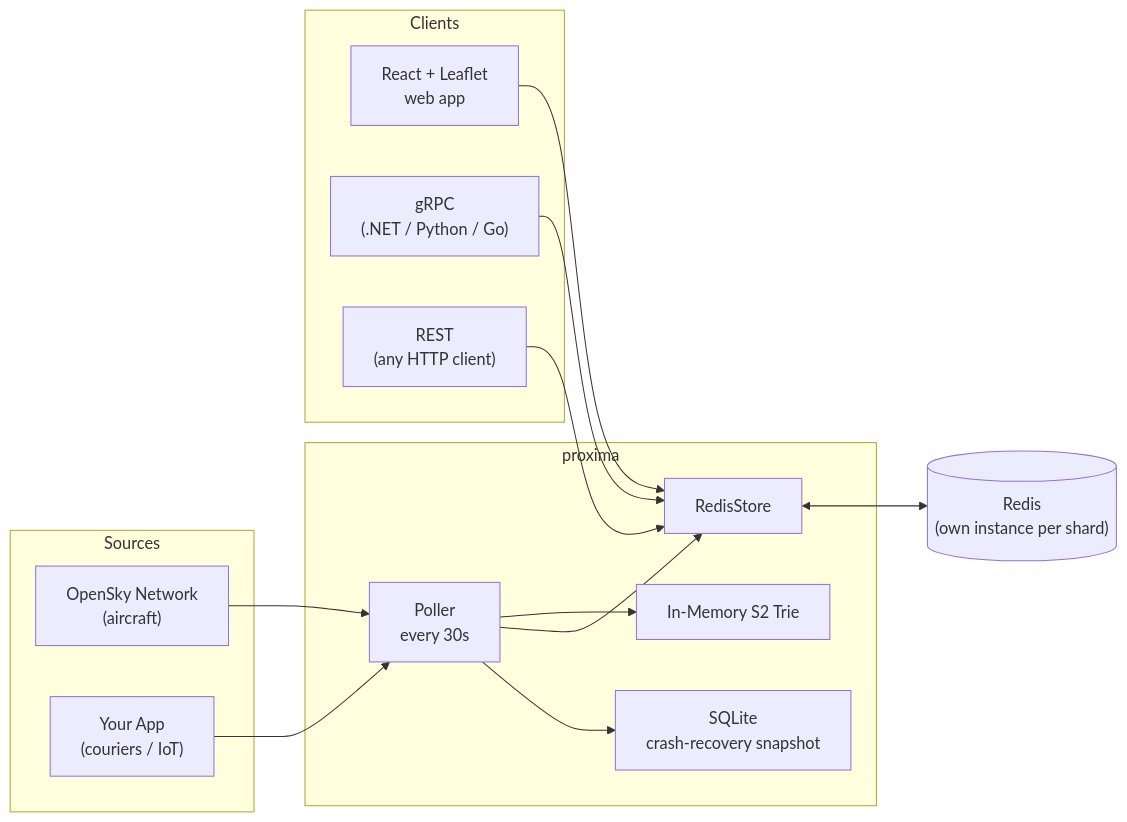
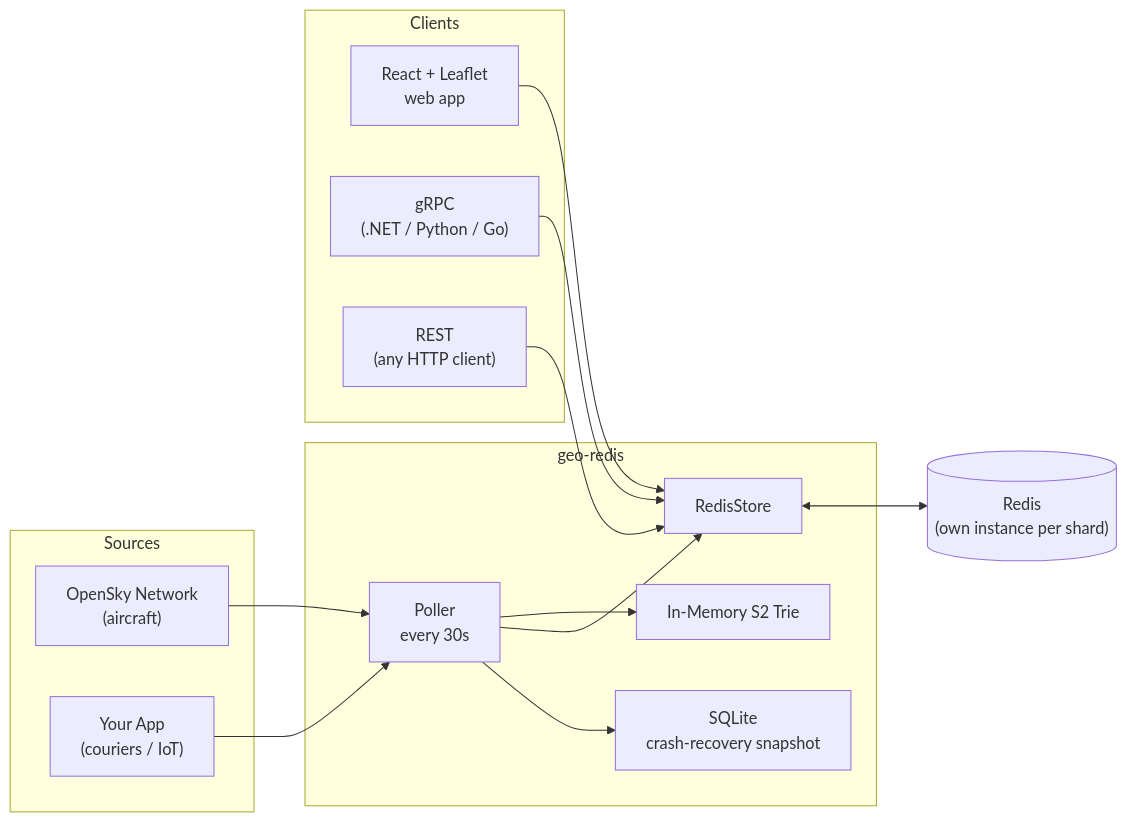
Before and after one commit to dsgouda7/geo-redis: the third of 4 diagrams in README.md, drawn with Mermaid. The commit also changed other lines of this file and 10 other files, not shown here.

Commit message:
chore: rename proxima brand refs to geo-redis across all docs

````diff
--- a/README.md
+++ b/README.md
@@ -223,24 +223,24 @@
 ```mermaid
 flowchart LR
     subgraph Sources
         OS["OpenSky Network\n(aircraft)"]
         Delivery["Your App\n(couriers / IoT)"]
     end
-    subgraph proxima
+    subgraph geo-redis
         Poller["Poller\nevery 30s"]
         Trie["In-Memory S2 Trie"]
         Store["RedisStore"]
         DB["SQLite\ncrash-recovery snapshot"]
     end
     subgraph Clients
         UI["React + Leaflet\nweb app"]
         gRPC["gRPC\n(.NET / Python / Go)"]
         REST["REST\n(any HTTP client)"]
     end
 
     OS --> Poller
     Delivery --> Poller
     Poller --> Trie & Store & DB
     Store <--> Redis[("Redis\n(own instance per shard)")]
     UI & gRPC & REST --> Store
 ```
````
